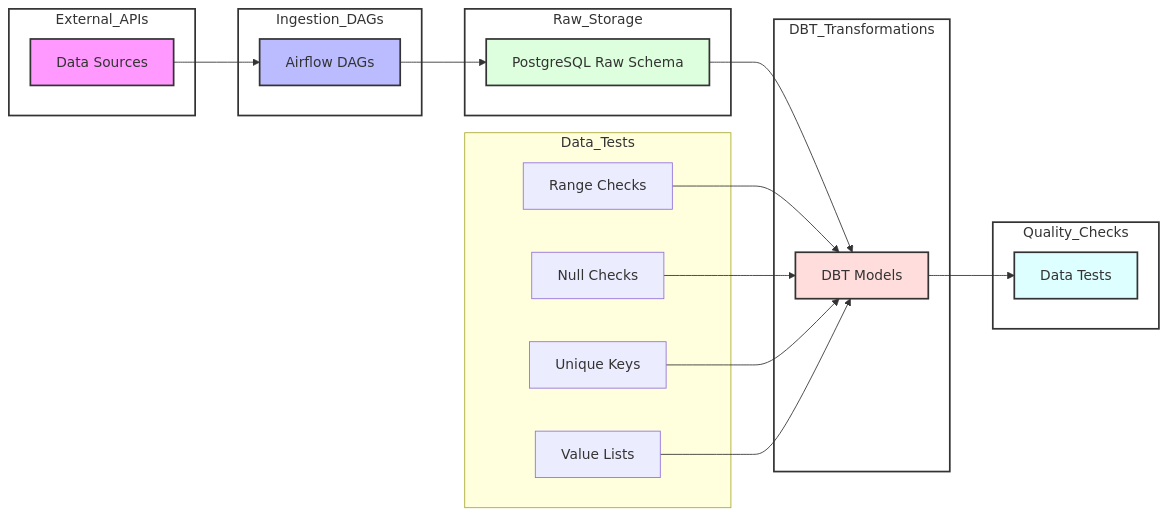
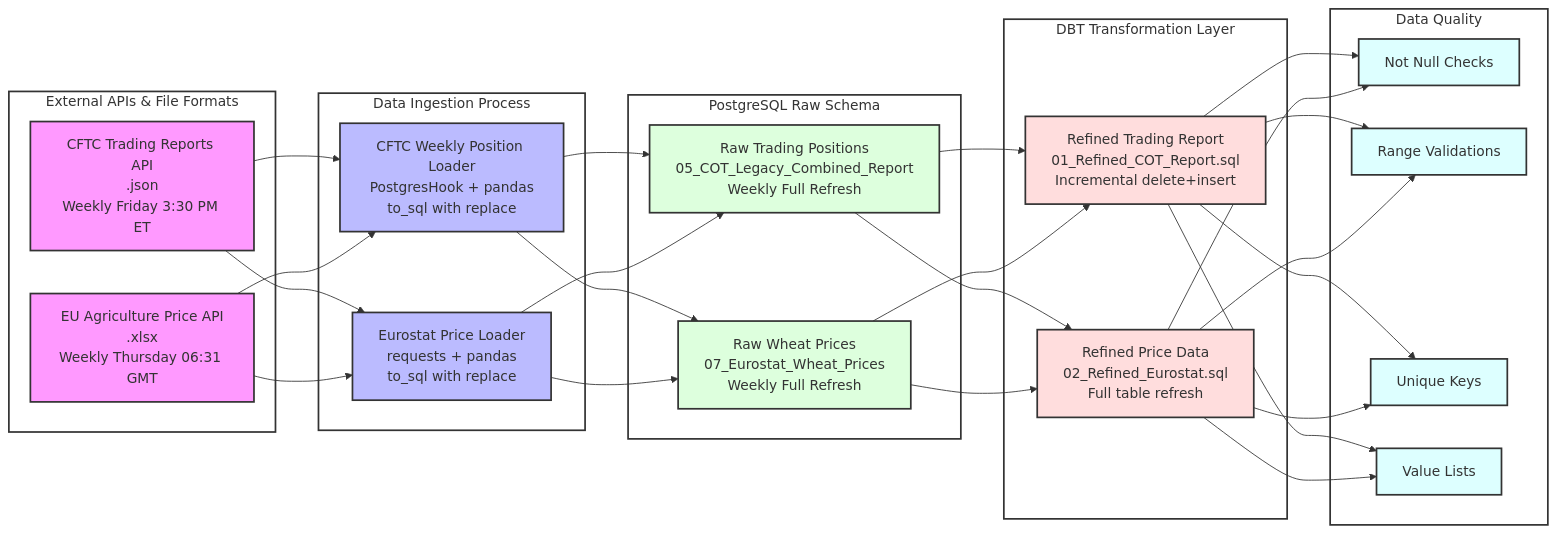
The diagram in README.md (ShubhamDalvi1999/Data-Transformation-using-DBT), drawn with Mermaid before and after one commit.

Commit message:
readme-changes

````diff
--- a/README.md
+++ b/README.md
@@ -55,48 +55,50 @@
 ```mermaid
 graph LR
-    subgraph External_APIs
-        A[Data Sources]
+    subgraph External_APIs[External APIs & File Formats]
+        A1[CFTC Trading Reports API<br/>.json<br/>Weekly Friday 3:30 PM ET]
+        A2[EU Agriculture Price API<br/>.xlsx<br/>Weekly Thursday 06:31 GMT]
     end
 
-    subgraph Ingestion_DAGs
-        B[Airflow DAGs]
+    subgraph Ingestion_DAGs[Data Ingestion Process]
+        B1[CFTC Weekly Position Loader<br/>PostgresHook + pandas<br/>to_sql with replace]
+        B2[Eurostat Price Loader<br/>requests + pandas<br/>to_sql with replace]
     end
 
-    subgraph Raw_Storage
-        C[PostgreSQL Raw Schema]
+    subgraph Raw_Storage[PostgreSQL Raw Schema]
+        C1[Raw Trading Positions<br/>05_COT_Legacy_Combined_Report<br/>Weekly Full Refresh]
+        C2[Raw Wheat Prices<br/>07_Eurostat_Wheat_Prices<br/>Weekly Full Refresh]
     end
 
-    subgraph DBT_Transformations
-        D[DBT Models]
+    subgraph DBT_Transformations[DBT Transformation Layer]
+        D1[Refined Trading Report<br/>01_Refined_COT_Report.sql<br/>Incremental delete+insert]
+        D2[Refined Price Data<br/>02_Refined_Eurostat.sql<br/>Full table refresh]
     end
 
-    subgraph Quality_Checks
-        E[Data Tests]
-    end
-
-    A --> B
-    B --> C
-    C --> D
-    D --> E
-
-    subgraph Data_Tests
-        Q1[Range Checks]
-        Q2[Null Checks]
+    subgraph Quality_Checks[Data Quality]
+        Q1[Not Null Checks]
+        Q2[Range Validations]
         Q3[Unique Keys]
         Q4[Value Lists]
     end
 
-    Q1 --> D
-    Q2 --> D
-    Q3 --> D
-    Q4 --> D
+    A1 & A2 --> B1 & B2
+    B1 & B2 --> C1 & C2
+    C1 & C2 --> D1 & D2
+    D1 & D2 --> Q1 & Q2 & Q3 & Q4
 
-    style A fill:#f9f,stroke:#333,stroke-width:2px
-    style B fill:#bbf,stroke:#333,stroke-width:2px
-    style C fill:#dfd,stroke:#333,stroke-width:2px
-    style D fill:#fdd,stroke:#333,stroke-width:2px
-    style E fill:#dff,stroke:#333,stroke-width:2px
+    style A1 fill:#f9f,stroke:#333,stroke-width:2px
+    style A2 fill:#f9f,stroke:#333,stroke-width:2px
+    style B1 fill:#bbf,stroke:#333,stroke-width:2px
+    style B2 fill:#bbf,stroke:#333,stroke-width:2px
+    style C1 fill:#dfd,stroke:#333,stroke-width:2px
+    style C2 fill:#dfd,stroke:#333,stroke-width:2px
+    style D1 fill:#fdd,stroke:#333,stroke-width:2px
+    style D2 fill:#fdd,stroke:#333,stroke-width:2px
+    style Q1 fill:#dff,stroke:#333,stroke-width:2px
+    style Q2 fill:#dff,stroke:#333,stroke-width:2px
+    style Q3 fill:#dff,stroke:#333,stroke-width:2px
+    style Q4 fill:#dff,stroke:#333,stroke-width:2px
 
     classDef subgraphStyle fill:#fff,stroke:#333,stroke-width:2px
     class External_APIs,Ingestion_DAGs,Raw_Storage,DBT_Transformations,Quality_Checks subgraphStyle
 ```
````
